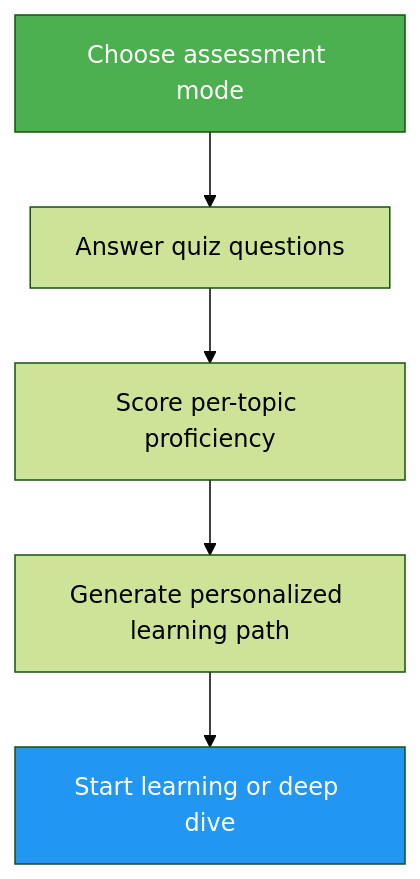
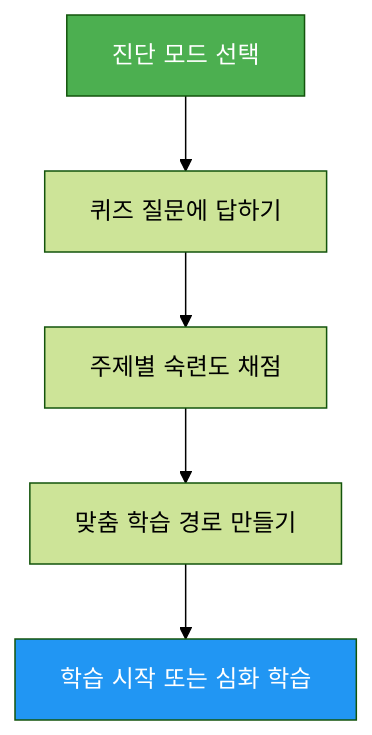
The diagram in .claude/skills/self-assessment/README.md (KIMDONGWHEE99/howkorean), drawn with Mermaid (forest theme) before and after one commit. The commit also changed other lines of this file and 4 other files, not shown here.

````diff
--- a/.claude/skills/self-assessment/README.md
+++ b/.claude/skills/self-assessment/README.md
@@ -25,9 +25,9 @@
 ```mermaid
 graph TD
-    A["Choose assessment mode"] --> B["Answer quiz questions"]
-    B --> C["Score per-topic proficiency"]
-    C --> D["Generate personalized learning path"]
-    D --> E["Start learning or deep dive"]
+    A["진단 모드 선택"] --> B["퀴즈 질문에 답하기"]
+    B --> C["주제별 숙련도 채점"]
+    C --> D["맞춤 학습 경로 만들기"]
+    D --> E["학습 시작 또는 심화 학습"]
     style A fill:#4CAF50,color:#fff
     style E fill:#2196F3,color:#fff
 ```
````
